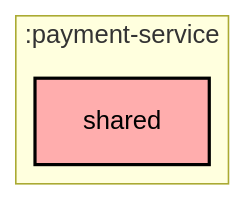
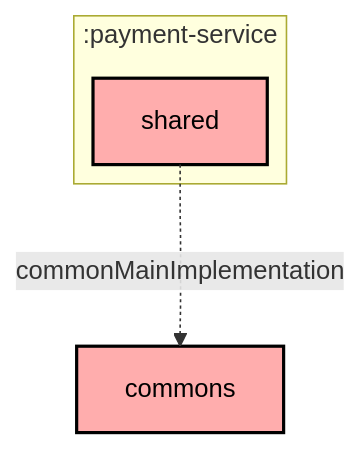
The diagram in payment-service/shared/README.md (Norby99/munchies), drawn with Mermaid before and after one commit. The commit also changed 4 other files, not shown here.

Commit message:
build(deps): js implementation for mermaid graphs

````diff
--- a/payment-service/shared/README.md
+++ b/payment-service/shared/README.md
@@ -6,15 +6,18 @@
 ```mermaid
 ---
 config:
   layout: elk
   elk:
     nodePlacementStrategy: SIMPLE
 ---
 graph TB
   subgraph :payment-service
     direction TB
     :payment-service:shared[shared]:::unknown
   end
+  :commons[commons]:::unknown
+
+  :payment-service:shared -.->|commonMainImplementation| :commons
 
 classDef unknown fill:#FFADAD,stroke:#000,stroke-width:2px,color:#000;
 ```
````
